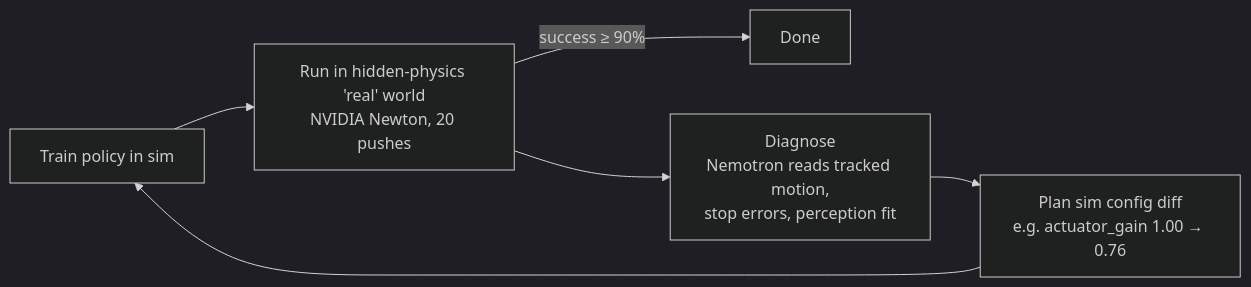
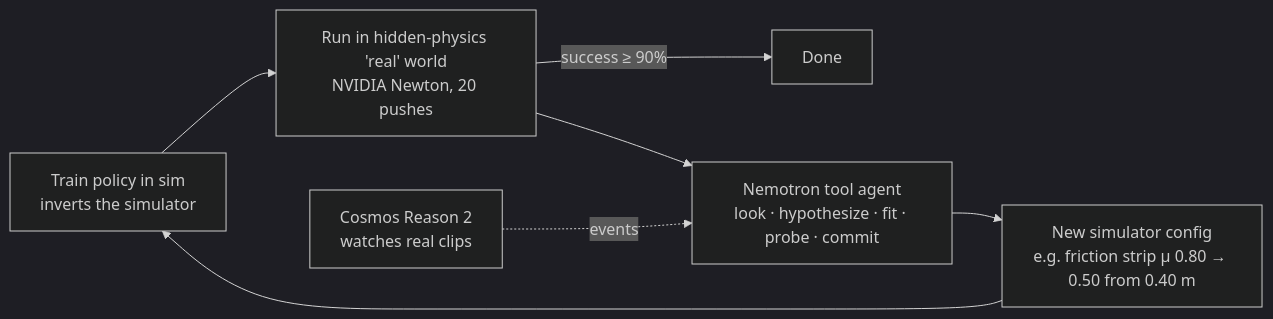
The diagram in README.md (men16922/gapcloser), drawn with Mermaid (dark theme) before and after one commit. The commit also changed other lines of this file and 1 other file, not shown here.

Commit message:
README and Devpost rewritten around open-world faults, Nemotron tool agent, honest System-ID comparison, Cosmos eyes

````diff
--- a/README.md
+++ b/README.md
@@ -9,8 +15,9 @@
 ```mermaid
 flowchart LR
-  T[Train policy in sim] --> M[Run in hidden-physics 'real' world<br/>NVIDIA Newton, 20 pushes]
+  T[Train policy in sim<br/>inverts the simulator] --> M[Run in hidden-physics 'real' world<br/>NVIDIA Newton, 20 pushes]
   M -->|success ≥ 90%| G[Done]
-  M --> D[Diagnose<br/>Nemotron reads tracked motion,<br/>stop errors, perception fit]
-  D --> P[Plan sim config diff<br/>e.g. actuator_gain 1.00 → 0.76]
+  M --> D[Nemotron tool agent<br/>look · hypothesize · fit · probe · commit]
+  D --> P[New simulator config<br/>e.g. friction strip μ 0.80 → 0.50 from 0.40 m]
   P --> T
+  C[Cosmos Reason 2<br/>watches real clips] -.events.-> D
 ```
````
